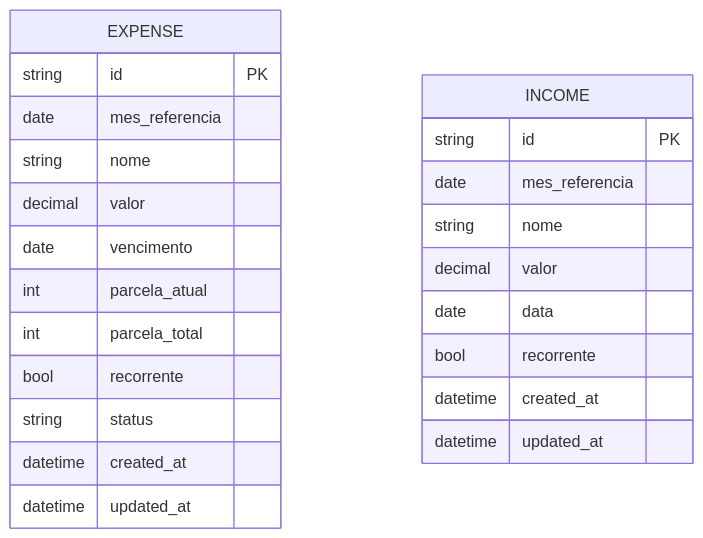
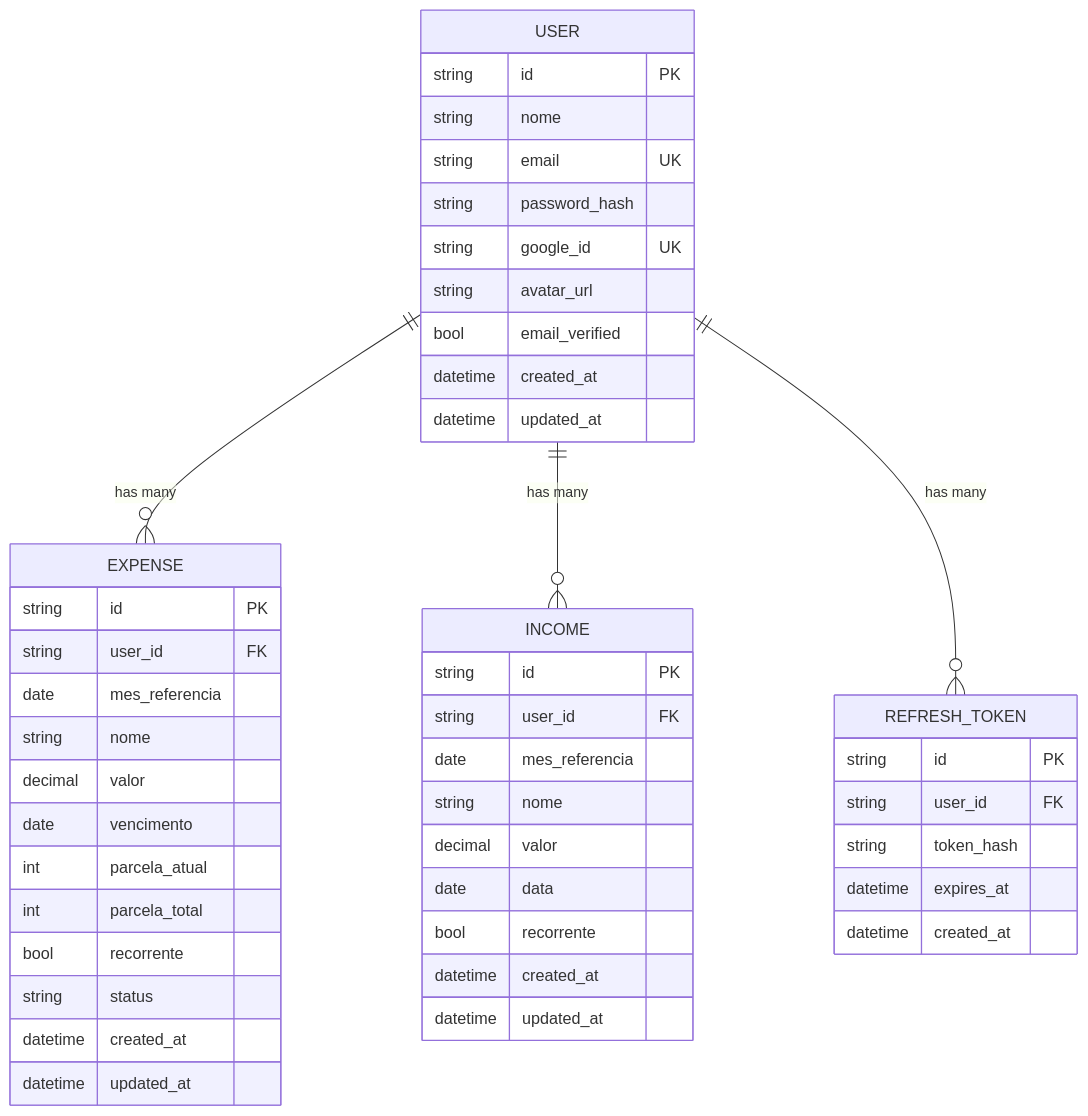
The second of 2 diagrams in docs/02-ARCHITECTURE.md (RafaelPeixoto01/meu-controle), drawn with Mermaid before and after one commit. The commit also changed other lines of this file and 6 other files, not shown here.

````diff
--- a/docs/02-ARCHITECTURE.md
+++ b/docs/02-ARCHITECTURE.md
@@ -134,26 +182,50 @@
 ```mermaid
 erDiagram
+    USER ||--o{ EXPENSE : "has many"
+    USER ||--o{ INCOME : "has many"
+    USER ||--o{ REFRESH_TOKEN : "has many"
+
+    USER {
+        string id PK
+        string nome
+        string email UK
+        string password_hash
+        string google_id UK
+        string avatar_url
+        bool email_verified
+        datetime created_at
+        datetime updated_at
+    }
     EXPENSE {
         string id PK
+        string user_id FK
         date mes_referencia
         string nome
         decimal valor
         date vencimento
         int parcela_atual
         int parcela_total
         bool recorrente
         string status
         datetime created_at
         datetime updated_at
     }
     INCOME {
         string id PK
+        string user_id FK
         date mes_referencia
         string nome
         decimal valor
         date data
         bool recorrente
         datetime created_at
         datetime updated_at
     }
+    REFRESH_TOKEN {
+        string id PK
+        string user_id FK
+        string token_hash
+        datetime expires_at
+        datetime created_at
+    }
 ```
````
